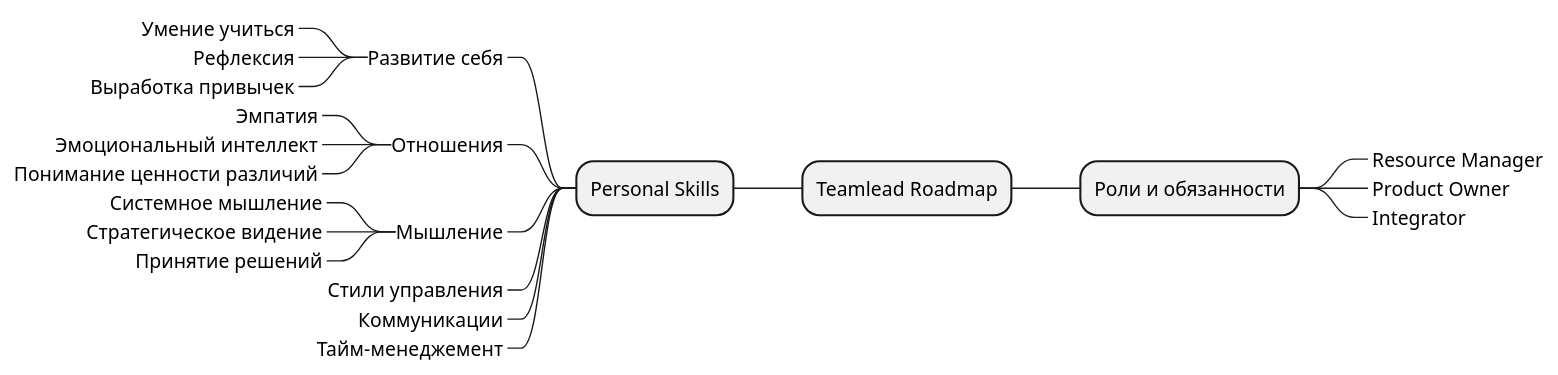
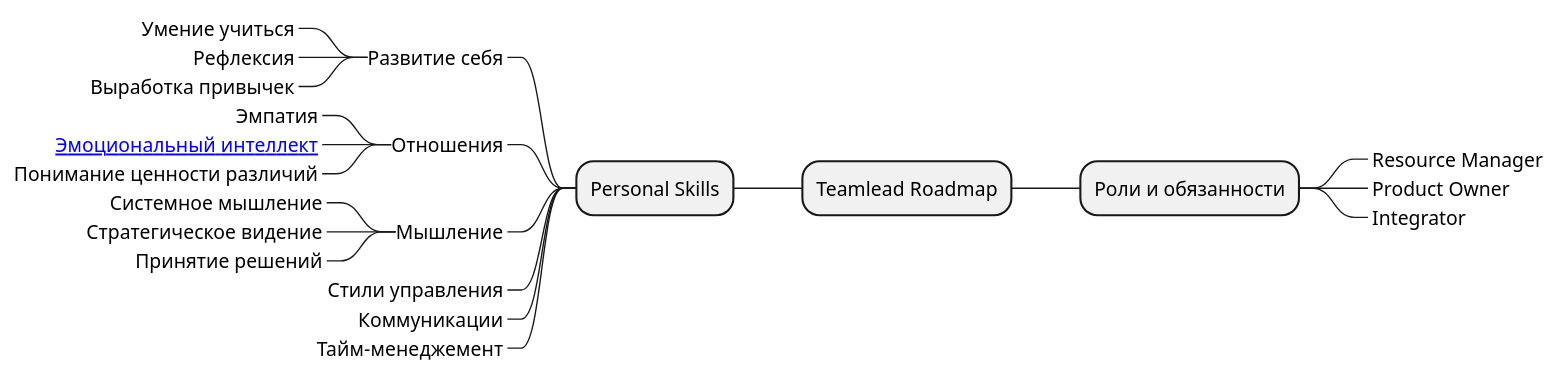
The diagram in examples/small_teamlead_roadmap.puml (b0g3r/plantuml2freemind), drawn with PlantUML before and after one commit. The commit also changed 1 other file, not shown here.

Commit message:
:sparkles: Add links to plantuml parser (#23)

```diff
--- a/examples/small_teamlead_roadmap.puml
+++ b/examples/small_teamlead_roadmap.puml
@@ -1,27 +1,27 @@
 @startmindmap
 * Teamlead Roadmap
 ** Роли и обязанности
 ***_ Resource Manager
 ***_ Product Owner
 ***_ Integrator
 
 left side
 
 ** Personal Skills
 ***_ Развитие себя
 ****_ Умение учиться
 ****_ Рефлексия
 ****_ Выработка привычек
 ***_ Отношения
 ****_ Эмпатия
-****_ Эмоциональный интеллект
+****_ [[https://github.com/tlbootcamp/tlroadmap/blob/master/skills/self-improvement/emotional-intelligence.md Эмоциональный интеллект]]
 ****_ Понимание ценности различий
 ***_ Мышление
 ****_ Системное мышление
 ****_ Стратегическое видение
 ****_ Принятие решений
 ***_ Стили управления
 ***_ Коммуникации
 ***_ Тайм-менеджемент
 
 @endmindmap
```
